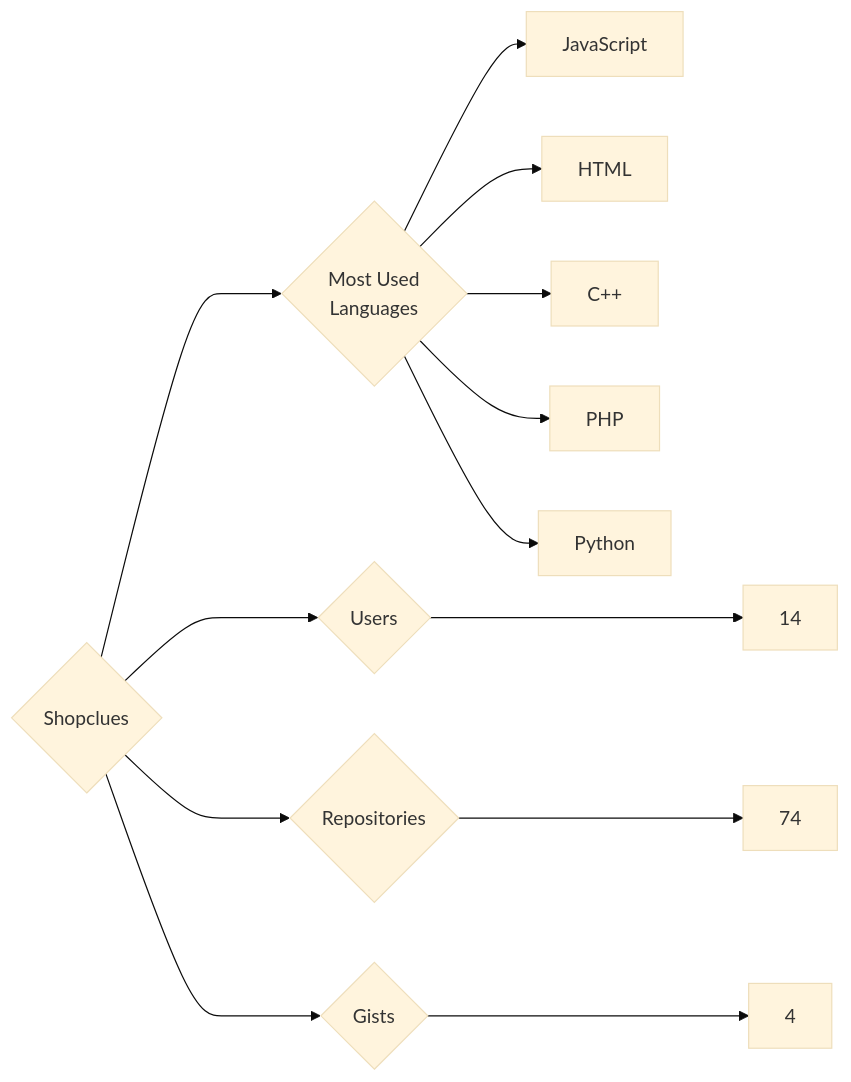
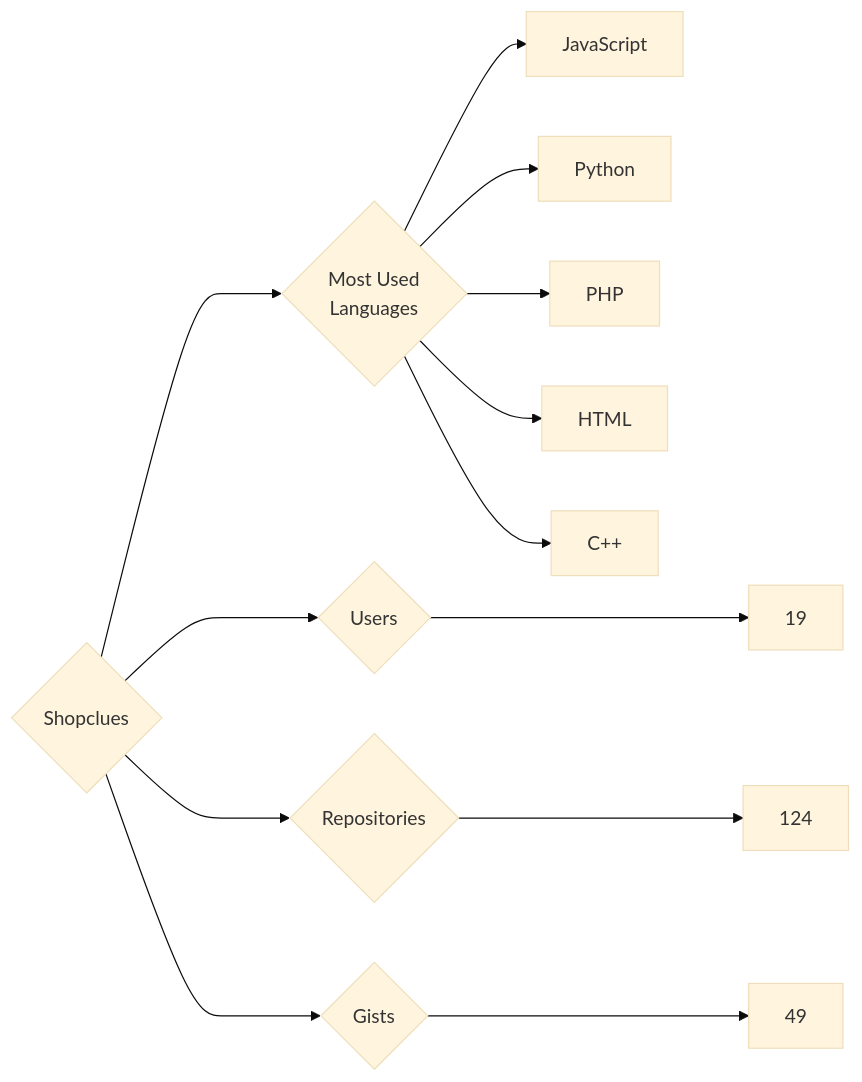
Before and after one commit to trickest/insiders: the diagram in targets/Shopclues/README.md, drawn with Mermaid (base theme). The commit also changed 969 other files, not shown here.

````diff
--- a/targets/Shopclues/README.md
+++ b/targets/Shopclues/README.md
@@ -3,13 +3,13 @@
 ```mermaid
 graph LR
 COMPANY_NAME{Shopclues}
-COMPANY_NAME ---> U{Users} ---> UN[14]
-COMPANY_NAME ---> R{Repositories} ---> RN[74]
-COMPANY_NAME ---> G{Gists} ---> GN[4]
+COMPANY_NAME ---> U{Users} ---> UN[19]
+COMPANY_NAME ---> R{Repositories} ---> RN[124]
+COMPANY_NAME ---> G{Gists} ---> GN[49]
 COMPANY_NAME ---> ML{Most Used<br>Languages}
 ML --> JavaScript[JavaScript]
+ML --> Python[Python]
+ML --> PHP[PHP]
 ML --> HTML[HTML]
 ML --> C++[C++]
-ML --> PHP[PHP]
-ML --> Python[Python]
 ```
````
